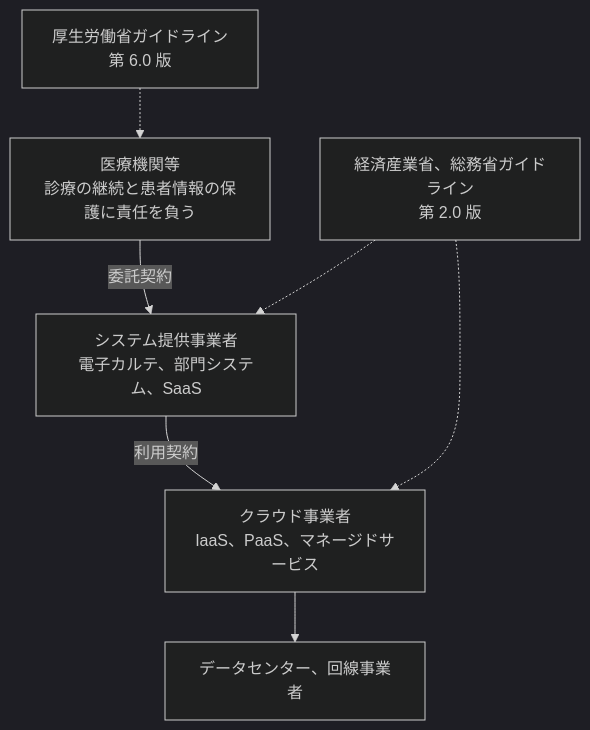
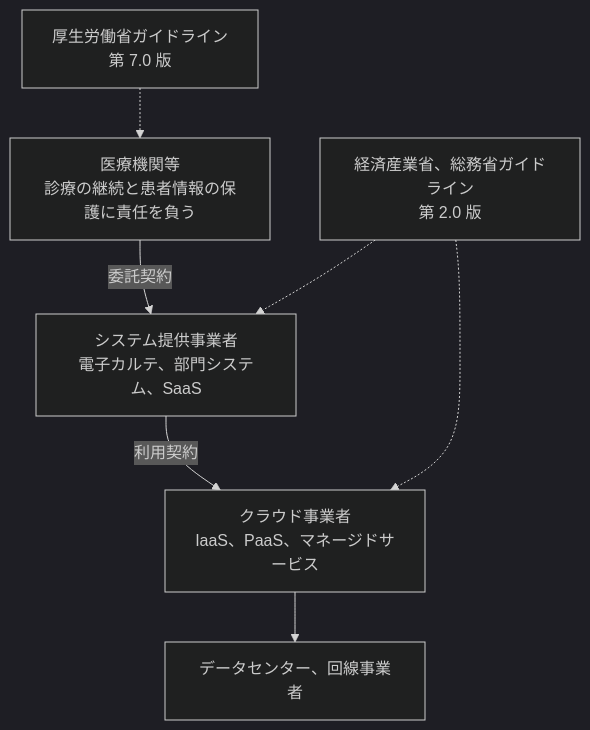
Before and after one commit to scgajge12/awesome-healthcare-security: the first of 2 diagrams in docs/technology/cloud/README.md, drawn with Mermaid (dark theme). The commit also changed other lines of this file and 3 other files, not shown here.

````diff
--- a/docs/technology/cloud/README.md
+++ b/docs/technology/cloud/README.md
@@ -32,15 +32,15 @@
 ```mermaid
 flowchart TD
     H["医療機関等<br>診療の継続と患者情報の保護に責任を負う"]
     V["システム提供事業者<br>電子カルテ、部門システム、SaaS"]
     C["クラウド事業者<br>IaaS、PaaS、マネージドサービス"]
     D["データセンター、回線事業者"]
 
     H -->|委託契約| V
     V -->|利用契約| C
     C --> D
 
-    G1["厚生労働省ガイドライン<br>第 6.0 版"] -.-> H
+    G1["厚生労働省ガイドライン<br>第 7.0 版"] -.-> H
     G2["経済産業省、総務省ガイドライン<br>第 2.0 版"] -.-> V
     G2 -.-> C
 ```
````
